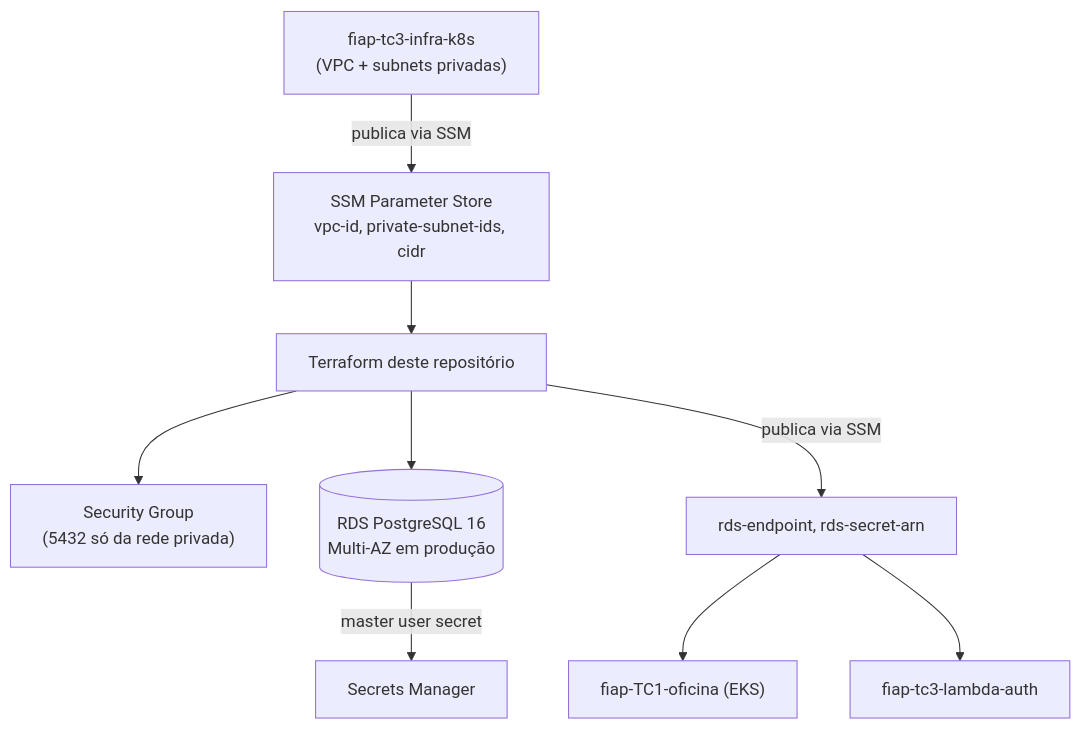
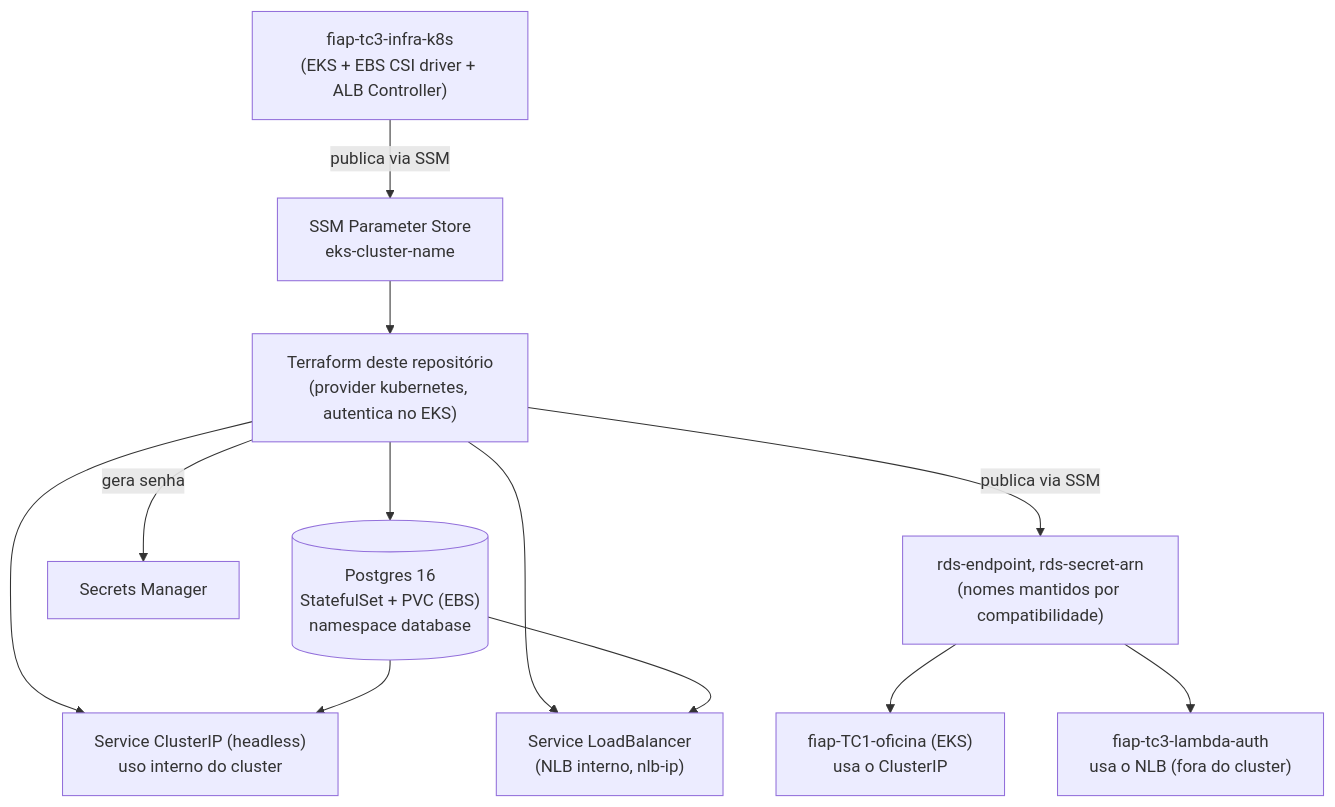
The diagram in README.md (MatVicDev/fiap-tc3-infra-db), drawn with Mermaid before and after one commit. The commit also changed other lines of this file, not shown here.

First line of the commit message:
docs: reescreve README refletindo Postgres no EKS em vez de RDS

````diff
--- a/README.md
+++ b/README.md
@@ -23,11 +29,14 @@
 ```mermaid
 flowchart TB
-    K8sInfra["fiap-tc3-infra-k8s\n(VPC + subnets privadas)"] -->|publica via SSM| SSM["SSM Parameter Store\nvpc-id, private-subnet-ids, cidr"]
-    SSM --> TF["Terraform deste repositório"]
-    TF --> SG["Security Group\n(5432 só da rede privada)"]
-    TF --> RDS[("RDS PostgreSQL 16\nMulti-AZ em produção")]
-    RDS -->|master user secret| SM["Secrets Manager"]
-    TF -->|publica via SSM| SSMOut["rds-endpoint, rds-secret-arn"]
-    SSMOut --> App["fiap-TC1-oficina (EKS)"]
-    SSMOut --> Lambda["fiap-tc3-lambda-auth"]
+    K8sInfra["fiap-tc3-infra-k8s\n(EKS + EBS CSI driver + ALB Controller)"] -->|publica via SSM| SSM["SSM Parameter Store\neks-cluster-name"]
+    SSM --> TF["Terraform deste repositório\n(provider kubernetes, autentica no EKS)"]
+    TF --> SS[("Postgres 16\nStatefulSet + PVC (EBS)\nnamespace database")]
+    TF --> ClusterIP["Service ClusterIP (headless)\nuso interno do cluster"]
+    TF --> NLB["Service LoadBalancer\n(NLB interno, nlb-ip)"]
+    SS --> ClusterIP
+    SS --> NLB
+    TF -->|gera senha| SM["Secrets Manager"]
+    TF -->|publica via SSM| SSMOut["rds-endpoint, rds-secret-arn\n(nomes mantidos por compatibilidade)"]
+    SSMOut --> App["fiap-TC1-oficina (EKS)\nusa o ClusterIP"]
+    SSMOut --> Lambda["fiap-tc3-lambda-auth\nusa o NLB (fora do cluster)"]
 ```
````
